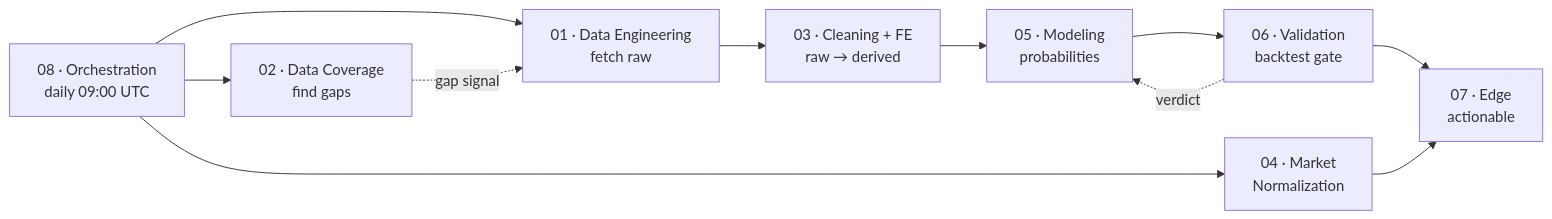
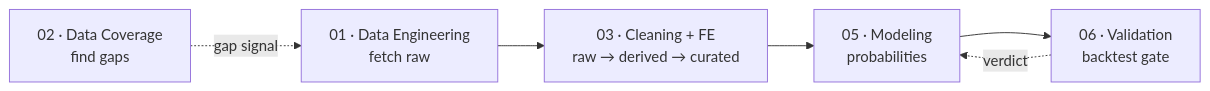
The diagram in docs/agents/README.md (pol-i-tech/fulbol-mundial-26), drawn with Mermaid before and after one commit. The commit also changed other lines of this file and 101 other files, not shown here.

````diff
--- a/docs/agents/README.md
+++ b/docs/agents/README.md
@@ -26,17 +25,12 @@
 ```mermaid
 flowchart LR
-    O[08 · Orchestration<br/>daily 09:00 UTC]
     DE[01 · Data Engineering<br/>fetch raw]
     DC[02 · Data Coverage<br/>find gaps]
-    CL[03 · Cleaning + FE<br/>raw → derived]
-    MN[04 · Market<br/>Normalization]
+    CL[03 · Cleaning + FE<br/>raw → derived → curated]
     MD[05 · Modeling<br/>probabilities]
     VA[06 · Validation<br/>backtest gate]
-    ED[07 · Edge<br/>actionable]
 
-    O --> DE --> CL --> MD --> VA --> ED
-    O --> MN --> ED
-    O --> DC
+    DE --> CL --> MD --> VA
     DC -.gap signal.-> DE
     VA -.verdict.-> MD
 ```
````
